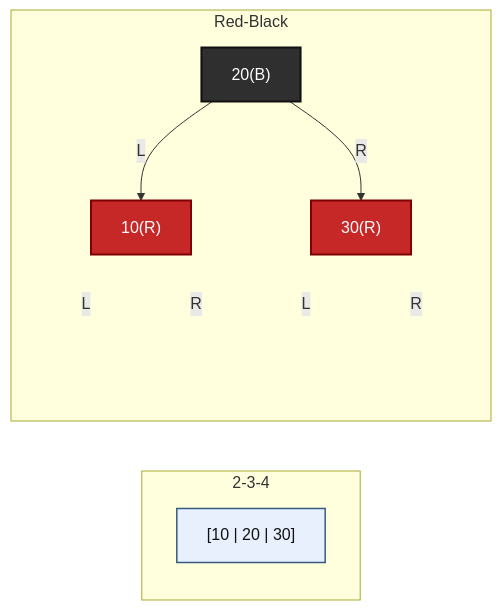
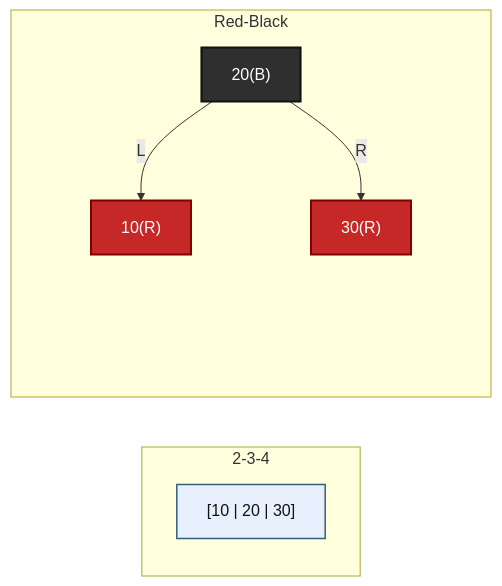
Before and after one commit to FormingSystem/linux_note: the ninth of 24 diagrams in knowledge/linux/data_structures/红黑树_rb-tree/P35_红黑插入与红红冲突上推.md, drawn with Mermaid. The commit also changed other lines of this file and 5 other files, not shown here.

````diff
--- a/knowledge/linux/data_structures/红黑树_rb-tree/P35_红黑插入与红红冲突上推.md
+++ b/knowledge/linux/data_structures/红黑树_rb-tree/P35_红黑插入与红红冲突上推.md
@@ -474,40 +474,40 @@
 ```mermaid
 graph LR
 	subgraph "2-3-4"
 		A["[10 | 20 | 30]"]
 	end
 
 	subgraph "Red-Black"
 		B["20(B)"]
 		C["10(R)"]
 		D["30(R)"]
 		CL[" "]
 		CR[" "]
 		DL[" "]
 		DR[" "]
 	end
 
 	B -->|"L"| C
 	B -->|"R"| D
 
-	C -->|"L"| CL
-	C -->|"R"| CR
+	C --> CL
+	C --> CR
 
-	D -->|"L"| DL
-	D -->|"R"| DR
+	D --> DL
+	D --> DR
 
 	classDef node234 fill:#e8f0fe,stroke:#355c7d,color:#111,stroke-width:1.5px;
 	classDef black fill:#2f2f2f,stroke:#111,color:#fff,stroke-width:2px;
 	classDef red fill:#c62828,stroke:#7f0000,color:#fff,stroke-width:2px;
 	classDef ghost fill:transparent,stroke:transparent,color:transparent;
 
 	class A node234;
 	class B black;
 	class C,D red;
 	class CL,CR,DL,DR ghost;
 
 	linkStyle 2 stroke:transparent;
 	linkStyle 3 stroke:transparent;
 	linkStyle 4 stroke:transparent;
 	linkStyle 5 stroke:transparent;
 ```
````
